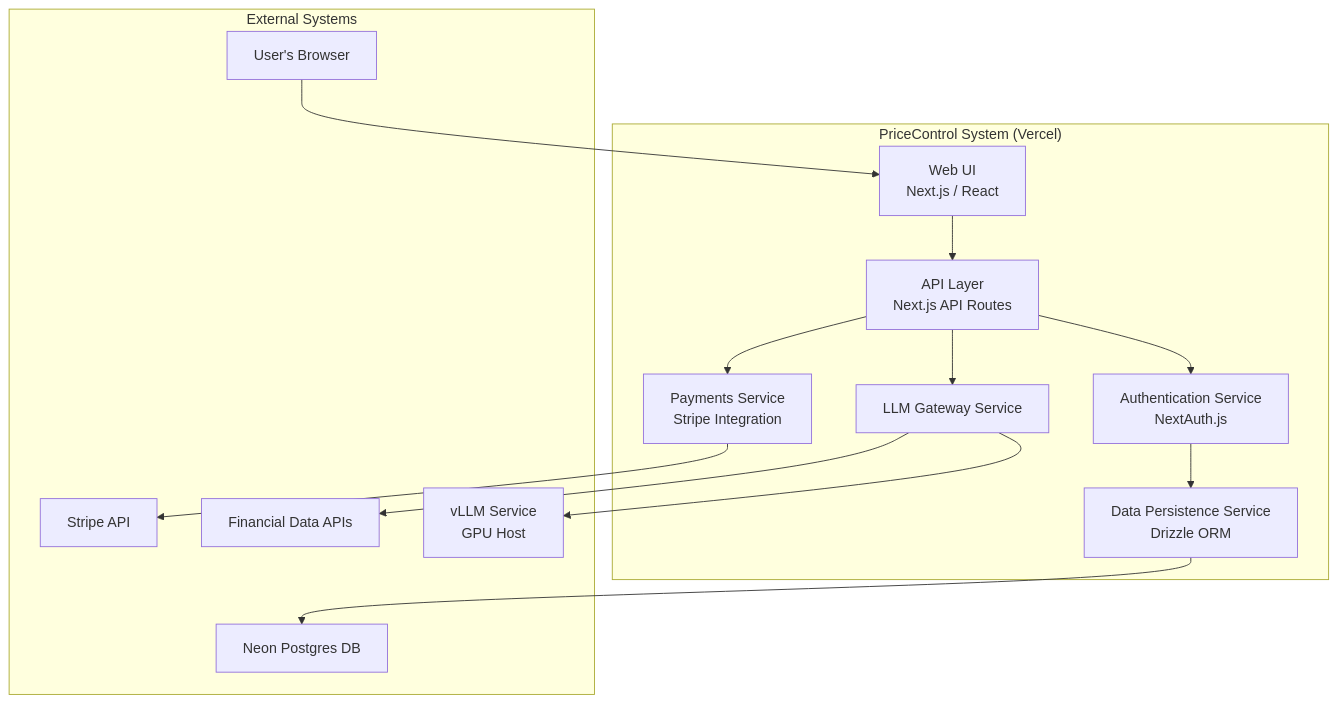
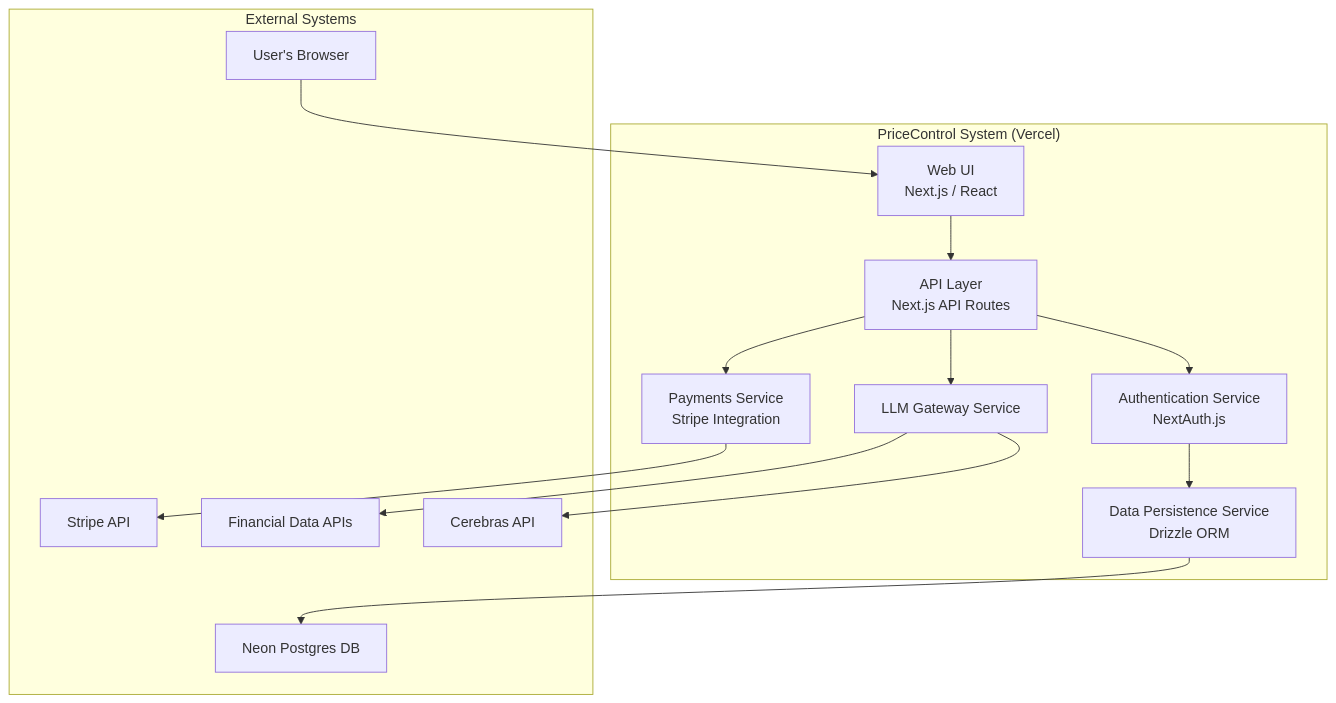
Before and after one commit to CadBane-ai/PriceControl-AI2: the diagram in docs/architecture/6-components.md, drawn with Mermaid. The commit also changed other lines of this file and 16 other files, not shown here.

````diff
--- a/docs/architecture/6-components.md
+++ b/docs/architecture/6-components.md
@@ -4,30 +4,30 @@
 ```mermaid
 graph TD
     subgraph "PriceControl System (Vercel)"
         A[Web UI <br> Next.js / React]
         B[API Layer <br> Next.js API Routes]
         C[Authentication Service <br> NextAuth.js]
         D[Data Persistence Service <br> Drizzle ORM]
         E[LLM Gateway Service]
         F[Payments Service <br> Stripe Integration]
     end
 
     subgraph "External Systems"
         G[User's Browser]
-        H[vLLM Service <br> GPU Host]
+        H[Cerebras API]
         I[Stripe API]
         J[Financial Data APIs]
         K[Neon Postgres DB]
     end
 
     G --> A;
     A --> B;
     B --> C;
     B --> E;
     B --> F;
     C --> D;
     D --> K;
     E --> H;
     E --> J;
     F --> I;
 ```
````
